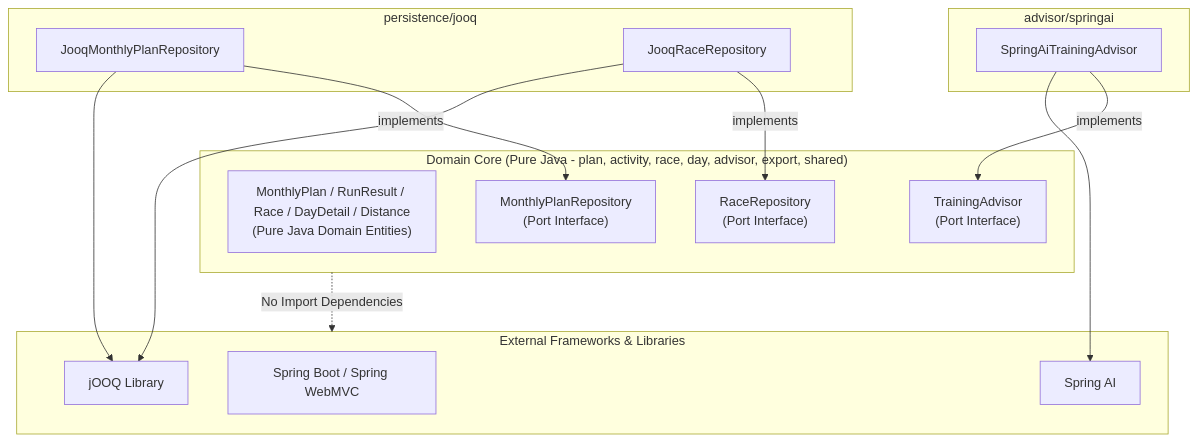
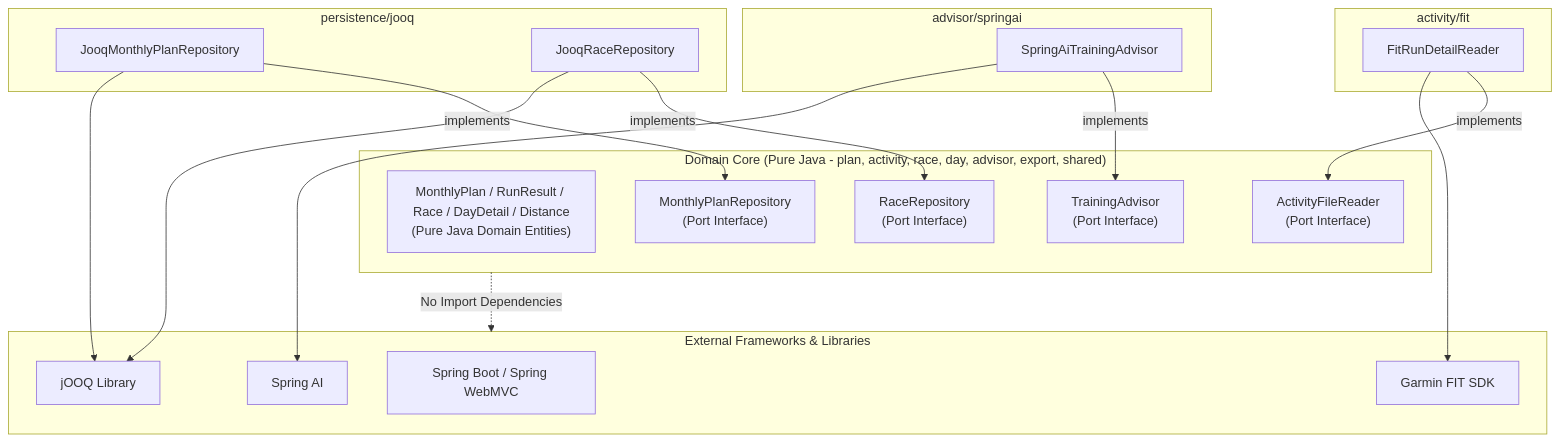
Before and after one commit to tis-abe-akira/run-buddy: the second of 3 diagrams in openwiki/architecture/overview.md, drawn with Mermaid. The commit also changed other lines of this file and 17 other files, not shown here.

````diff
--- a/openwiki/architecture/overview.md
+++ b/openwiki/architecture/overview.md
@@ -123,34 +135,42 @@
 ```mermaid
 flowchart TD
     subgraph DomainCore ["Domain Core (Pure Java - plan, activity, race, day, advisor, export, shared)"]
         DomainModels["MonthlyPlan / RunResult / Race / DayDetail / Distance\n(Pure Java Domain Entities)"]
         PlanRepoPort["MonthlyPlanRepository\n(Port Interface)"]
         RaceRepoPort["RaceRepository\n(Port Interface)"]
         AdvisorPort["TrainingAdvisor\n(Port Interface)"]
+        FileReaderPort["ActivityFileReader\n(Port Interface)"]
     end
 
     subgraph PersistenceJooq ["persistence/jooq"]
         JooqPlanRepo["JooqMonthlyPlanRepository"]
         JooqRaceRepo["JooqRaceRepository"]
     end
 
     subgraph AdvisorSpringAi ["advisor/springai"]
         SpringAiAdvisor["SpringAiTrainingAdvisor"]
     end
 
+    subgraph ActivityFit ["activity/fit"]
+        FitReader["FitRunDetailReader"]
+    end
+
     subgraph Frameworks ["External Frameworks & Libraries"]
         SpringBoot["Spring Boot / Spring WebMVC"]
         jOOQ["jOOQ Library"]
         SpringAI["Spring AI"]
+        FitSdk["Garmin FIT SDK"]
     end
 
     JooqPlanRepo -->|"implements"| PlanRepoPort
     JooqRaceRepo -->|"implements"| RaceRepoPort
     SpringAiAdvisor -->|"implements"| AdvisorPort
+    FitReader -->|"implements"| FileReaderPort
 
     JooqPlanRepo --> jOOQ
     JooqRaceRepo --> jOOQ
     SpringAiAdvisor --> SpringAI
+    FitReader --> FitSdk
 
     DomainCore -.->|"No Import Dependencies"| Frameworks
 ```
````
